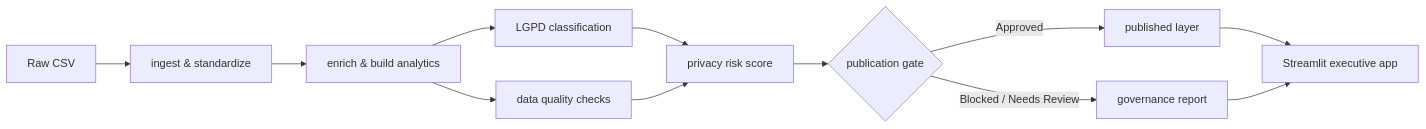
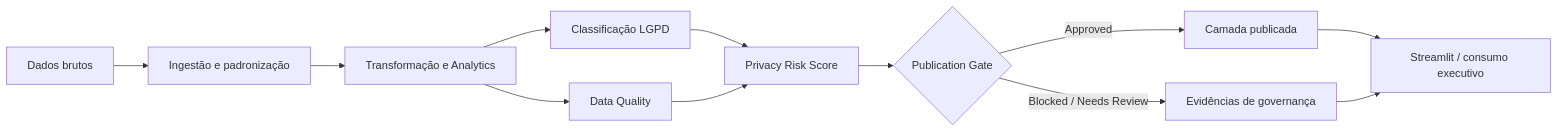
One commit to samuelmaia-analytics/Governed-Analytics-Platform changed the diagram in README.md. Above: the diagram before and after it, drawn with Mermaid. The commit also changed other lines of this file, not shown here.

````diff
--- a/README.md
+++ b/README.md
@@ -25,14 +49,14 @@
 ```mermaid
 flowchart LR
-    A[Raw CSV] --> B[ingest & standardize]
-    B --> C[enrich & build analytics]
-    C --> D[LGPD classification]
-    C --> E[data quality checks]
-    D --> F[privacy risk score]
+    A[Dados brutos] --> B[Ingestão e padronização]
+    B --> C[Transformação e Analytics]
+    C --> D[Classificação LGPD]
+    C --> E[Data Quality]
+    D --> F[Privacy Risk Score]
     E --> F
-    F --> G{publication gate}
-    G -->|Approved| H[published layer]
-    G -->|Blocked / Needs Review| I[governance report]
-    H --> J[Streamlit executive app]
+    F --> G{Publication Gate}
+    G -->|Approved| H[Camada publicada]
+    G -->|Blocked / Needs Review| I[Evidências de governança]
+    H --> J[Streamlit / consumo executivo]
     I --> J
 ```
````
